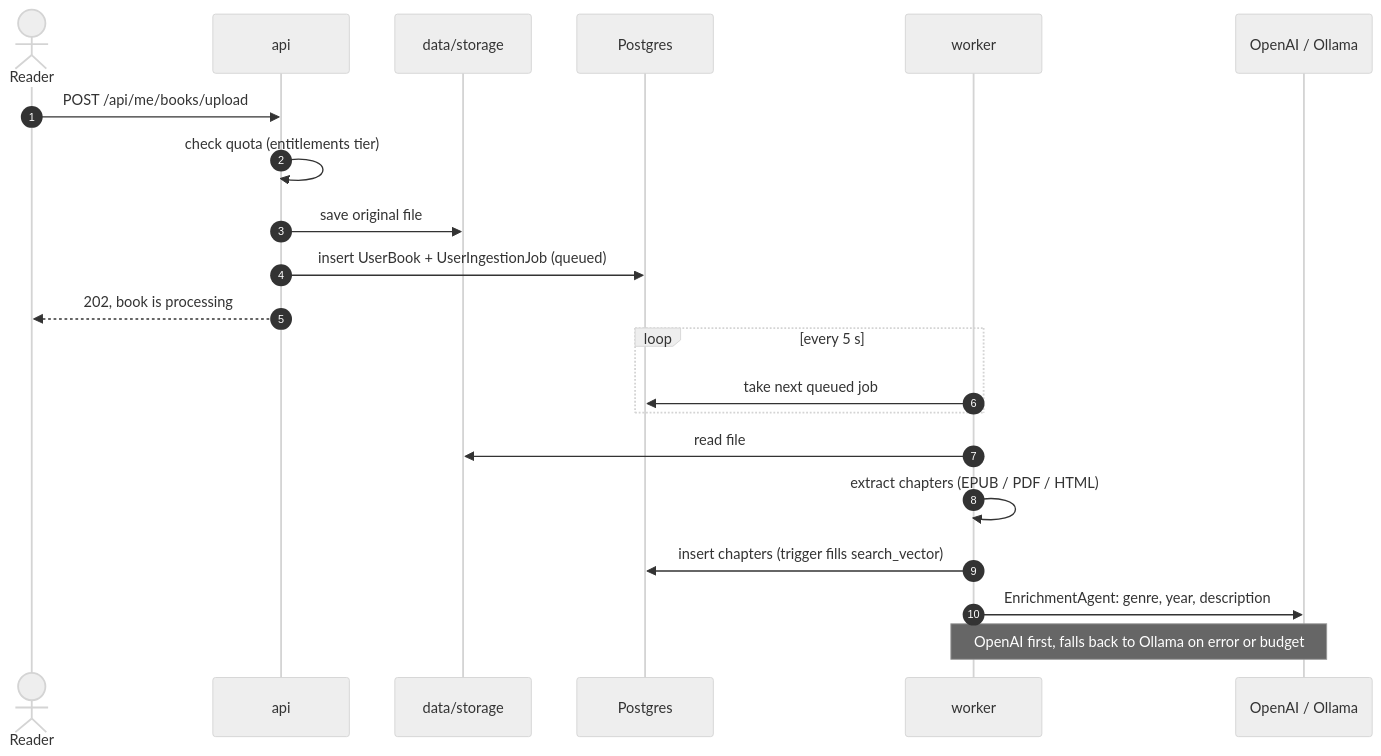
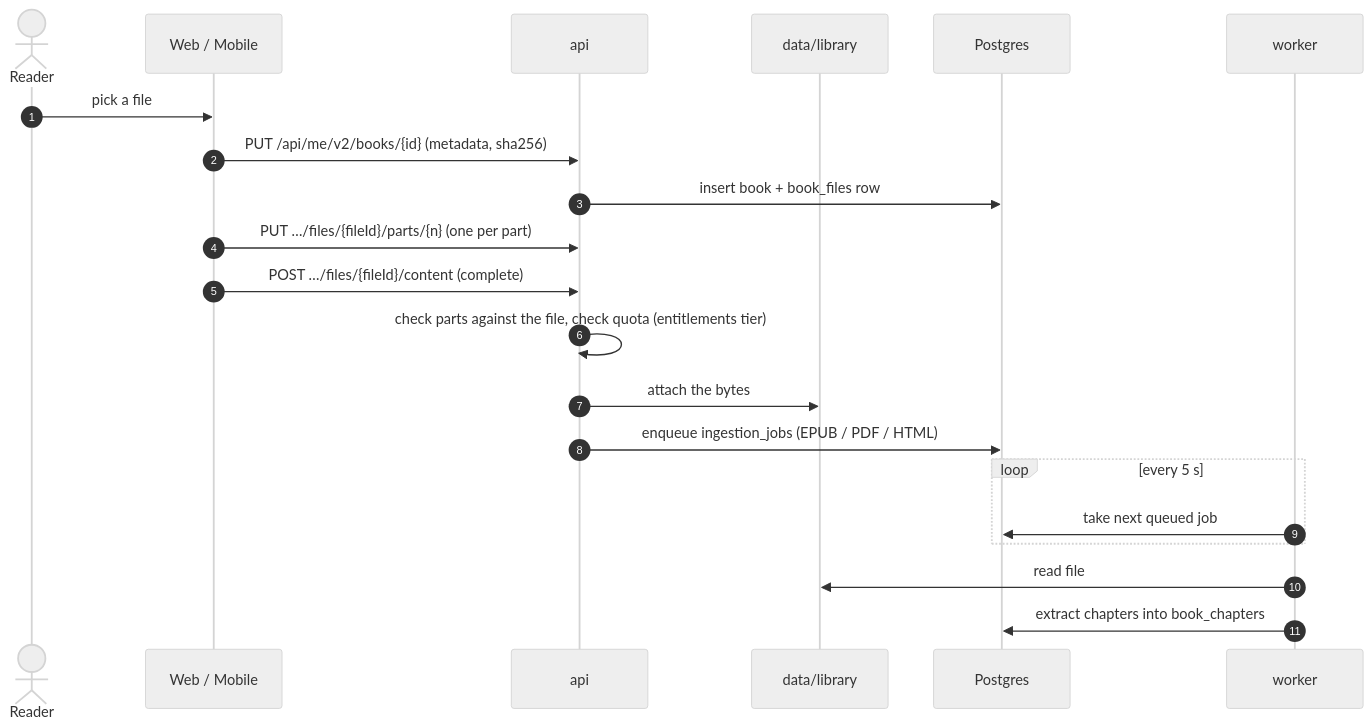
One commit to mrviduus/textstack changed the second of 4 diagrams in docs/architecture/flows.md. Above: the diagram before and after it, drawn with Mermaid (neutral theme). The commit also changed other lines of this file and 39 other files, not shown here.

````diff
--- a/docs/architecture/flows.md
+++ b/docs/architecture/flows.md
@@ -65,24 +57,24 @@
 ```mermaid
 sequenceDiagram
     autonumber
     actor U as Reader
+    participant c as Web / Mobile
     participant api
-    participant fs as data/storage
+    participant fs as data/library
     participant db as Postgres
     participant wk as worker
-    participant ai as OpenAI / Ollama
 
-    U->>api: POST /api/me/books/upload
-    api->>api: check quota (entitlements tier)
-    api->>fs: save original file
-    api->>db: insert UserBook + UserIngestionJob (queued)
-    api-->>U: 202, book is processing
+    U->>c: pick a file
+    c->>api: PUT /api/me/v2/books/{id} (metadata, sha256)
+    api->>db: insert book + book_files row
+    c->>api: PUT …/files/{fileId}/parts/{n} (one per part)
+    c->>api: POST …/files/{fileId}/content (complete)
+    api->>api: check parts against the file, check quota (entitlements tier)
+    api->>fs: attach the bytes
+    api->>db: enqueue ingestion_jobs (EPUB / PDF / HTML)
     loop every 5 s
         wk->>db: take next queued job
     end
     wk->>fs: read file
-    wk->>wk: extract chapters (EPUB / PDF / HTML)
-    wk->>db: insert chapters (trigger fills search_vector)
-    wk->>ai: EnrichmentAgent: genre, year, description
-    Note over wk,ai: OpenAI first, falls back to Ollama on error or budget
+    wk->>db: extract chapters into book_chapters
 ```
````
